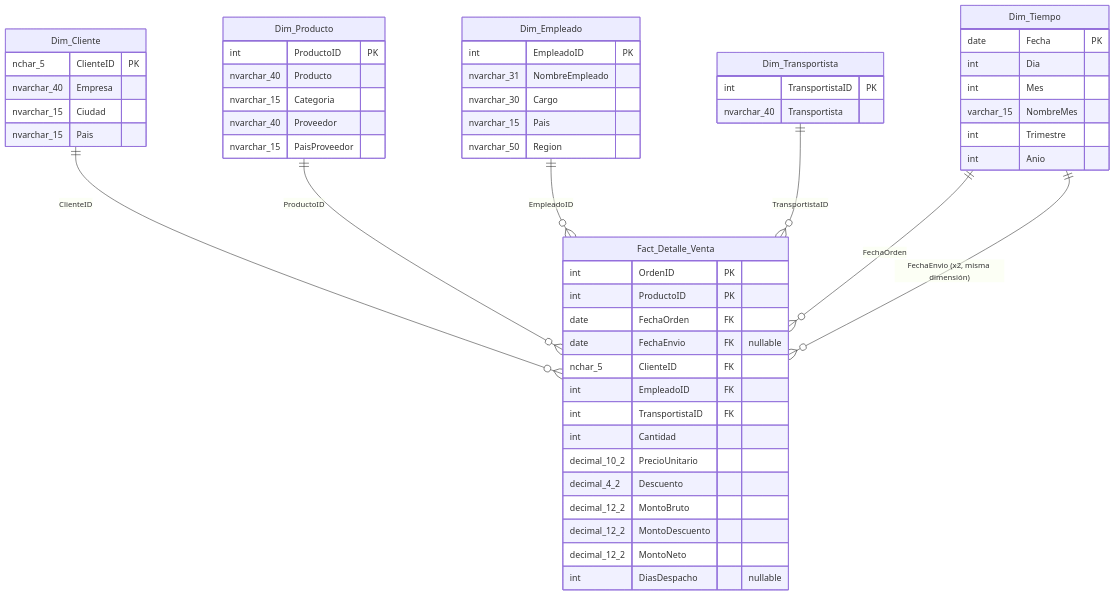
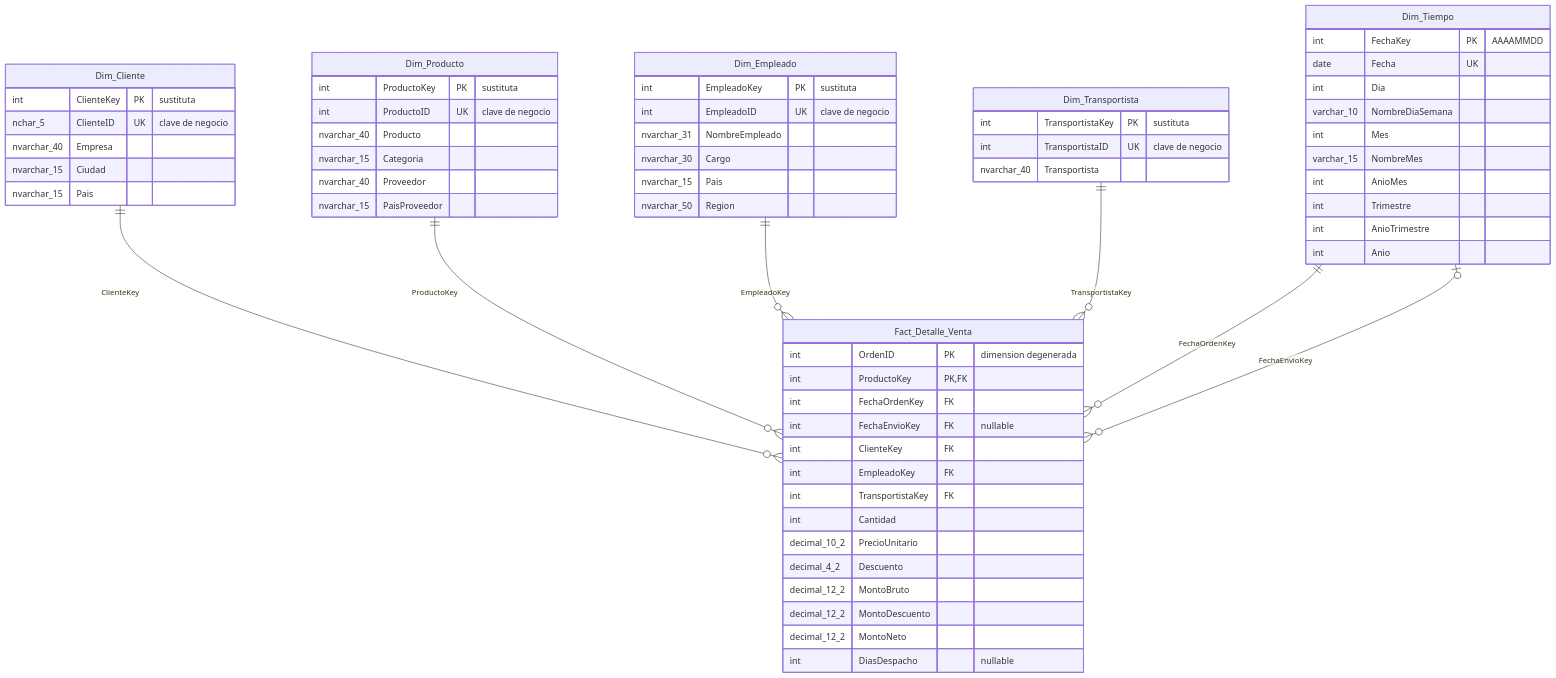
Before and after one commit to goodboimax/inteligencia-de-negocios: the diagram in docs/modelo-dimensional/diagrama.md, drawn with Mermaid. The commit also changed other lines of this file, not shown here.

Commit message:
Actualiza diagrama con claves sustitutas y FechaKey AAAAMMDD

````diff
--- a/docs/modelo-dimensional/diagrama.md
+++ b/docs/modelo-dimensional/diagrama.md
@@ -7,63 +7,71 @@
 ```mermaid
 erDiagram
-    Dim_Cliente ||--o{ Fact_Detalle_Venta : "ClienteID"
-    Dim_Producto ||--o{ Fact_Detalle_Venta : "ProductoID"
-    Dim_Empleado ||--o{ Fact_Detalle_Venta : "EmpleadoID"
-    Dim_Transportista ||--o{ Fact_Detalle_Venta : "TransportistaID"
-    Dim_Tiempo ||--o{ Fact_Detalle_Venta : "FechaOrden"
-    Dim_Tiempo ||--o{ Fact_Detalle_Venta : "FechaEnvio (x2, misma dimensión)"
+    Dim_Cliente ||--o{ Fact_Detalle_Venta : "ClienteKey"
+    Dim_Producto ||--o{ Fact_Detalle_Venta : "ProductoKey"
+    Dim_Empleado ||--o{ Fact_Detalle_Venta : "EmpleadoKey"
+    Dim_Transportista ||--o{ Fact_Detalle_Venta : "TransportistaKey"
+    Dim_Tiempo ||--o{ Fact_Detalle_Venta : "FechaOrdenKey"
+    Dim_Tiempo |o--o{ Fact_Detalle_Venta : "FechaEnvioKey"
 
     Dim_Cliente {
-        nchar_5 ClienteID PK
+        int ClienteKey PK "sustituta"
+        nchar_5 ClienteID UK "clave de negocio"
         nvarchar_40 Empresa
         nvarchar_15 Ciudad
         nvarchar_15 Pais
     }
 
     Dim_Producto {
-        int ProductoID PK
+        int ProductoKey PK "sustituta"
+        int ProductoID UK "clave de negocio"
         nvarchar_40 Producto
         nvarchar_15 Categoria
         nvarchar_40 Proveedor
         nvarchar_15 PaisProveedor
     }
 
     Dim_Empleado {
-        int EmpleadoID PK
+        int EmpleadoKey PK "sustituta"
+        int EmpleadoID UK "clave de negocio"
         nvarchar_31 NombreEmpleado
         nvarchar_30 Cargo
         nvarchar_15 Pais
         nvarchar_50 Region
     }
 
     Dim_Transportista {
-        int TransportistaID PK
+        int TransportistaKey PK "sustituta"
+        int TransportistaID UK "clave de negocio"
         nvarchar_40 Transportista
     }
 
     Dim_Tiempo {
-        date Fecha PK
+        int FechaKey PK "AAAAMMDD"
+        date Fecha UK
         int Dia
+        varchar_10 NombreDiaSemana
         int Mes
         varchar_15 NombreMes
+        int AnioMes
         int Trimestre
+        int AnioTrimestre
         int Anio
     }
 
     Fact_Detalle_Venta {
-        int OrdenID PK
-        int ProductoID PK
-        date FechaOrden FK
-        date FechaEnvio FK "nullable"
-        nchar_5 ClienteID FK
-        int EmpleadoID FK
-        int TransportistaID FK
+        int OrdenID PK "dimension degenerada"
+        int ProductoKey PK,FK
+        int FechaOrdenKey FK
+        int FechaEnvioKey FK "nullable"
+        int ClienteKey FK
+        int EmpleadoKey FK
+        int TransportistaKey FK
         int Cantidad
         decimal_10_2 PrecioUnitario
         decimal_4_2 Descuento
         decimal_12_2 MontoBruto
         decimal_12_2 MontoDescuento
         decimal_12_2 MontoNeto
         int DiasDespacho "nullable"
     }
 ```
````
